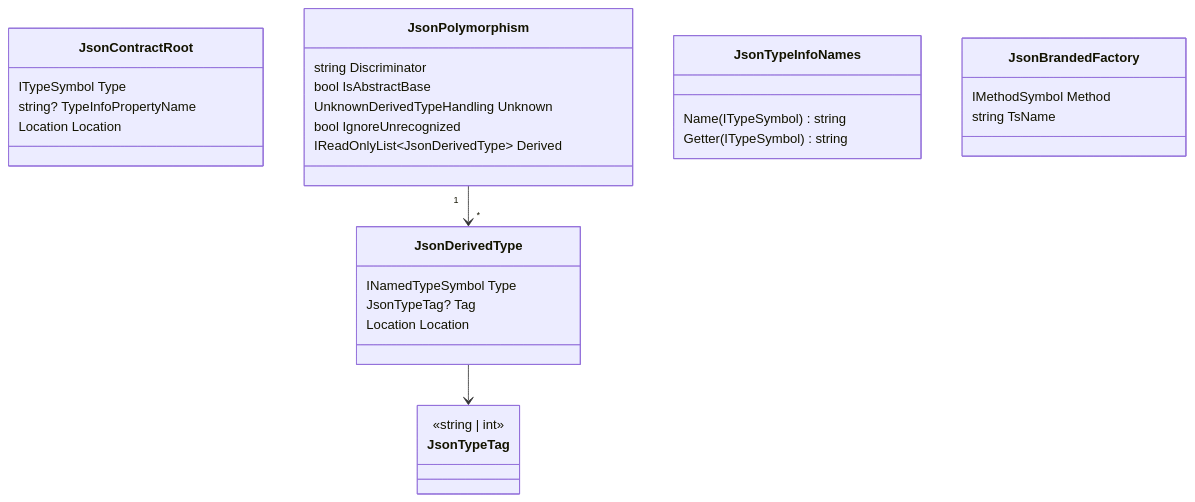
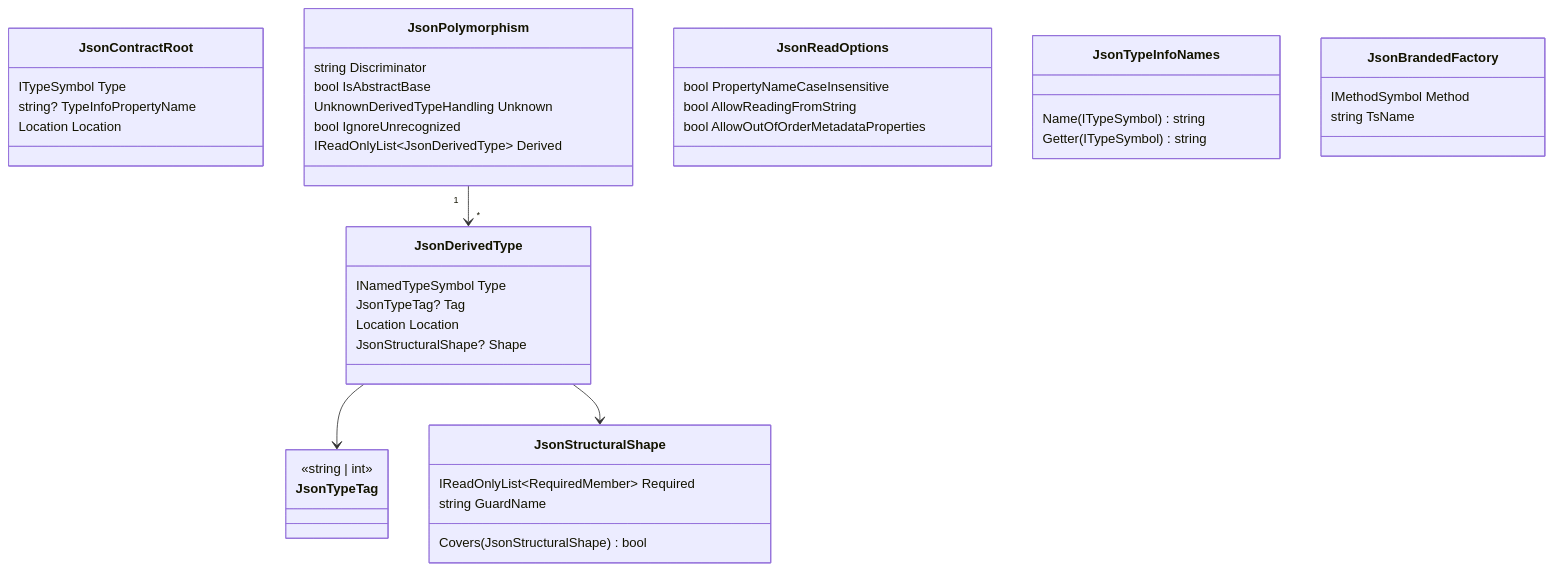
Before and after one commit to danfma/metano: the first of 3 diagrams in specs/009-polymorphic-json/data-model.md, drawn with Mermaid. The commit also changed other lines of this file and 10 other files, not shown here.

````diff
--- a/specs/009-polymorphic-json/data-model.md
+++ b/specs/009-polymorphic-json/data-model.md
@@ -18,33 +19,45 @@
 ```mermaid
 classDiagram
     class JsonContractRoot {
         ITypeSymbol Type
         string? TypeInfoPropertyName
         Location Location
     }
     class JsonPolymorphism {
         string Discriminator
         bool IsAbstractBase
         UnknownDerivedTypeHandling Unknown
         bool IgnoreUnrecognized
         IReadOnlyList~JsonDerivedType~ Derived
     }
     class JsonDerivedType {
         INamedTypeSymbol Type
         JsonTypeTag? Tag
         Location Location
+        JsonStructuralShape? Shape
+    }
+    class JsonStructuralShape {
+        IReadOnlyList~RequiredMember~ Required
+        string GuardName
+        Covers(JsonStructuralShape) bool
+    }
+    class JsonReadOptions {
+        bool PropertyNameCaseInsensitive
+        bool AllowReadingFromString
+        bool AllowOutOfOrderMetadataProperties
     }
     class JsonTypeTag {
         <<string | int>>
     }
     class JsonTypeInfoNames {
         Name(ITypeSymbol) string
         Getter(ITypeSymbol) string
     }
     class JsonBrandedFactory {
         IMethodSymbol Method
         string TsName
     }
     JsonPolymorphism "1" --> "*" JsonDerivedType
     JsonDerivedType --> JsonTypeTag
+    JsonDerivedType --> JsonStructuralShape
 ```
````
